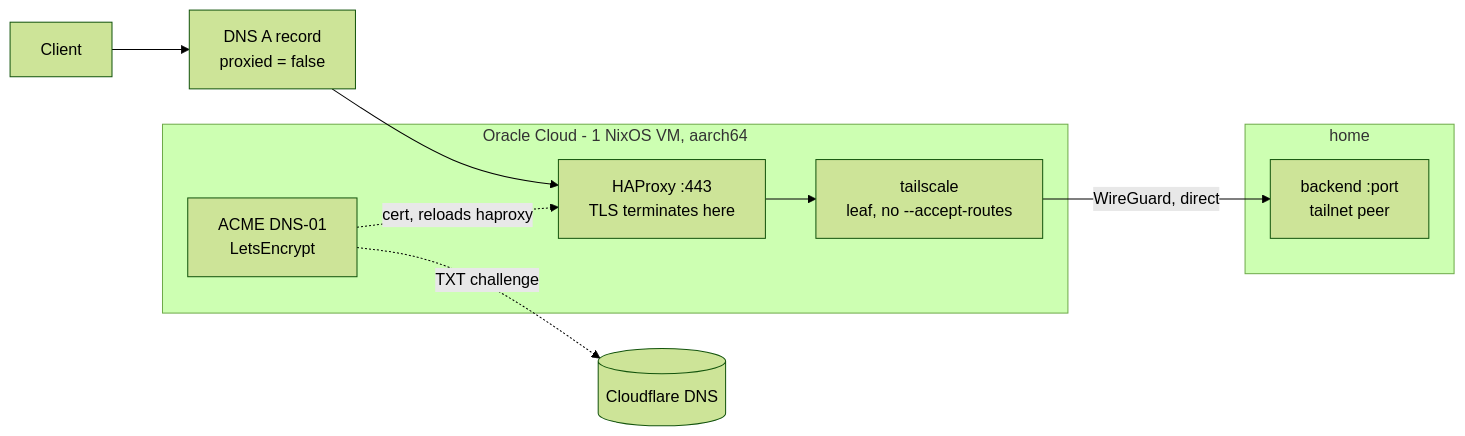
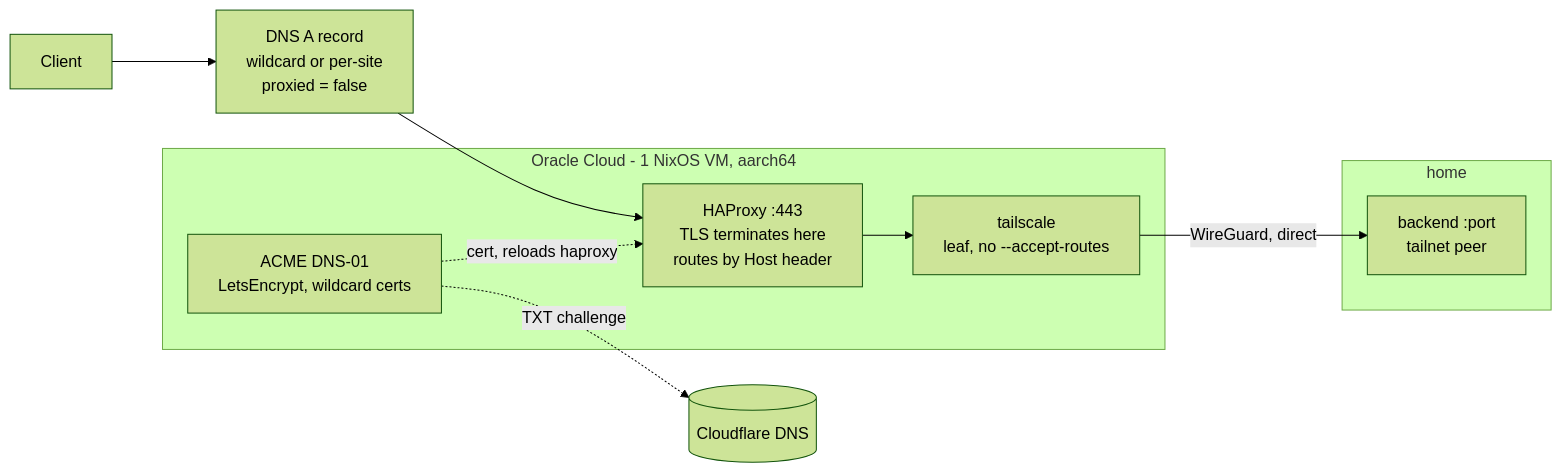
Before and after one commit to alexraskin/infrastructure: the diagram in 00-cloud-edge/README.md, drawn with Mermaid (forest theme). The commit also changed other lines of this file, not shown here.

````diff
--- a/00-cloud-edge/README.md
+++ b/00-cloud-edge/README.md
@@ -7,23 +7,23 @@
 ```mermaid
 flowchart LR
     USER["Client"]
-    DNS["DNS A record<br/>proxied = false"]
+    DNS["DNS A record<br/>wildcard or per-site<br/>proxied = false"]
 
     subgraph oci["Oracle Cloud - 1 NixOS VM, aarch64"]
-        HAP["HAProxy :443<br/>TLS terminates here"]
-        ACME["ACME DNS-01<br/>LetsEncrypt"]
+        HAP["HAProxy :443<br/>TLS terminates here<br/>routes by Host header"]
+        ACME["ACME DNS-01<br/>LetsEncrypt, wildcard certs"]
         TS["tailscale<br/>leaf, no --accept-routes"]
     end
 
     subgraph home["home"]
         APP["backend :port<br/>tailnet peer"]
     end
 
     CF[("Cloudflare DNS")]
 
     USER --> DNS --> HAP
     HAP --> TS
     TS -- "WireGuard, direct" --> APP
     ACME -. "TXT challenge" .-> CF
     ACME -. "cert, reloads haproxy" .-> HAP
 ```
````
